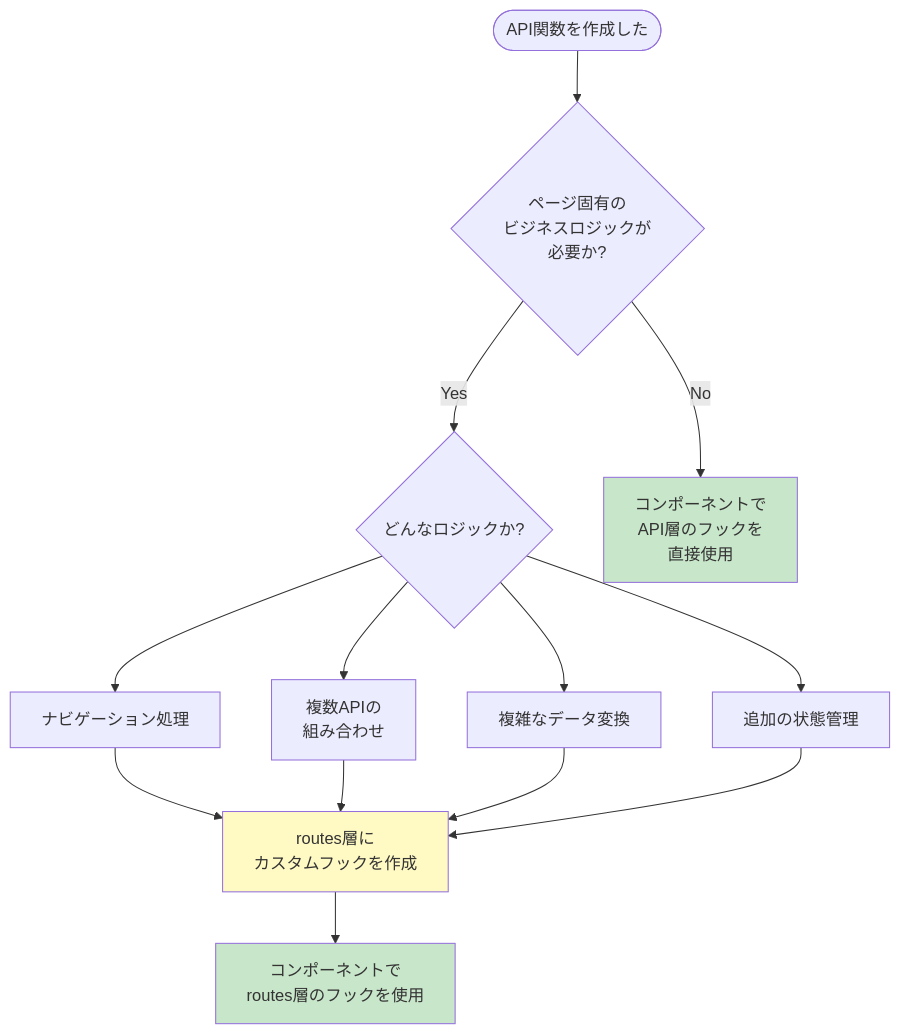
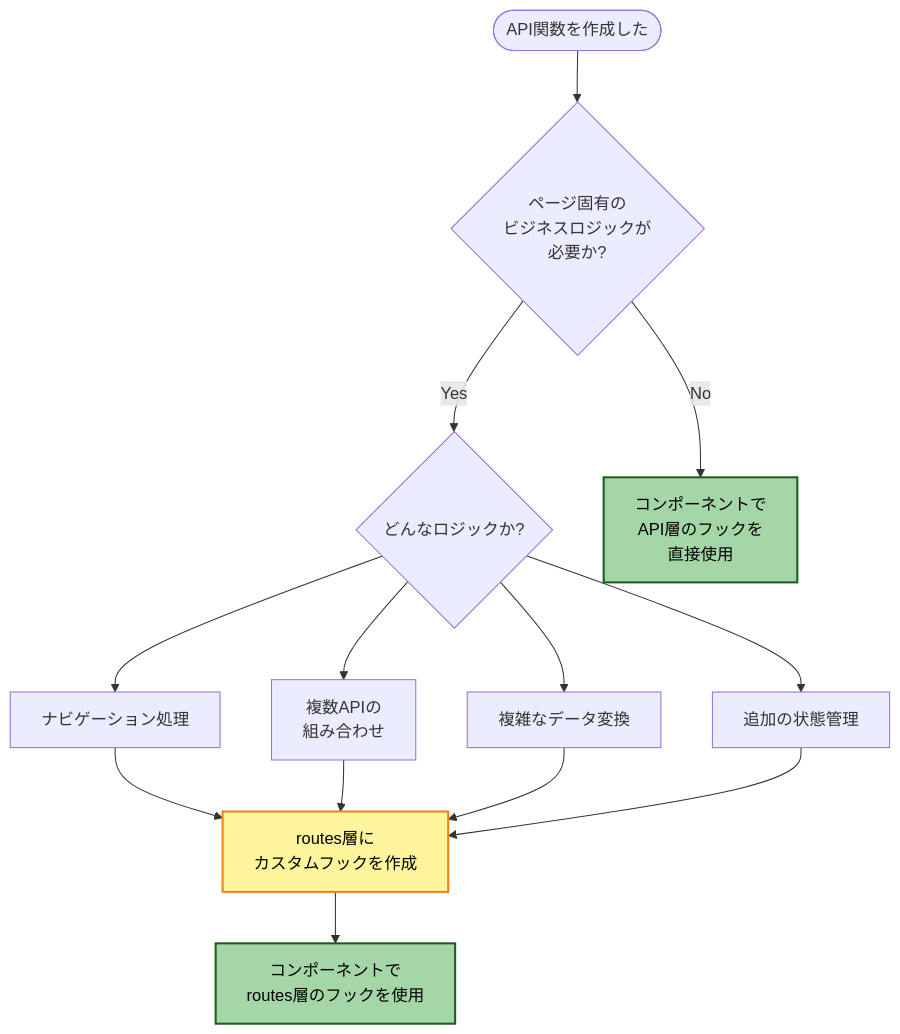
The second of 5 diagrams in docs/06-guides/03-create-api.md (nomura-koshiro/next-app-docs), drawn with Mermaid before and after one commit. The commit also changed other lines of this file and 190 other files, not shown here.

````diff
--- a/docs/06-guides/03-create-api.md
+++ b/docs/06-guides/03-create-api.md
@@ -77,24 +77,24 @@
 ```mermaid
 flowchart TD
     Start([API関数を作成した])
     Start --> Question1{ページ固有の<br/>ビジネスロジックが<br/>必要か?}
 
     Question1 -->|Yes| Question2{どんなロジックか?}
     Question1 -->|No| DirectUse[コンポーネントで<br/>API層のフックを<br/>直接使用]
 
     Question2 --> Nav[ナビゲーション処理]
     Question2 --> Multi[複数APIの<br/>組み合わせ]
     Question2 --> Complex[複雑なデータ変換]
     Question2 --> State[追加の状態管理]
 
     Nav --> CreateHook[routes層に<br/>カスタムフックを作成]
     Multi --> CreateHook
     Complex --> CreateHook
     State --> CreateHook
 
     CreateHook --> UseInComponent[コンポーネントで<br/>routes層のフックを使用]
 
-    style DirectUse fill:#c8e6c9
-    style CreateHook fill:#fff9c4
-    style UseInComponent fill:#c8e6c9
+    style DirectUse fill:#a5d6a7,stroke:#1b5e20,stroke-width:2px,color:#000
+    style CreateHook fill:#fff59d,stroke:#f57f17,stroke-width:2px,color:#000
+    style UseInComponent fill:#a5d6a7,stroke:#1b5e20,stroke-width:2px,color:#000
 ```
````
